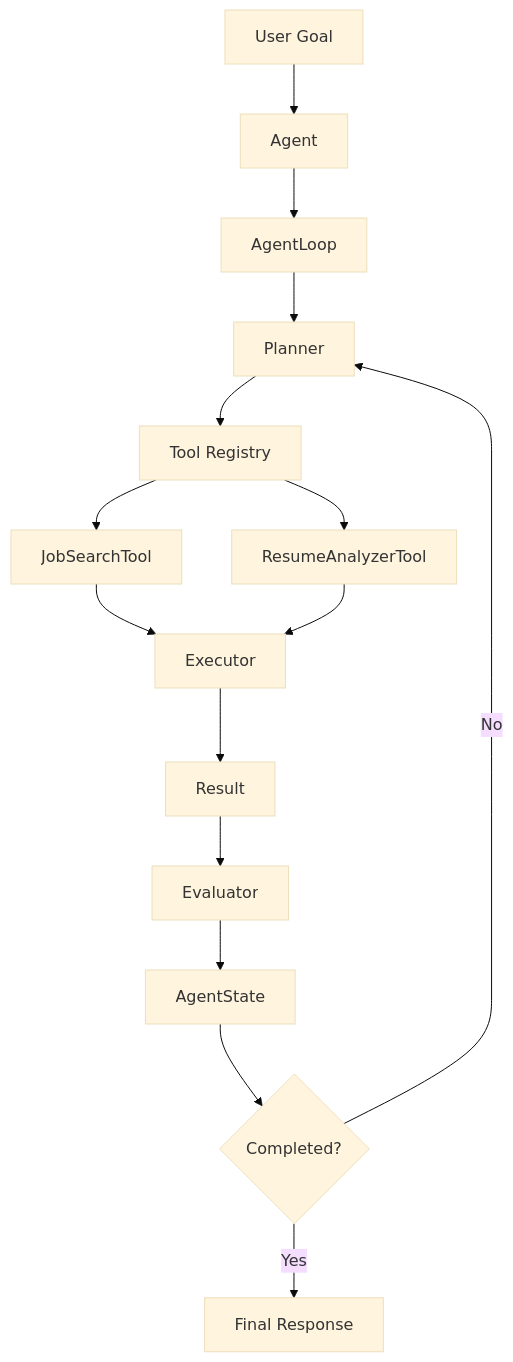
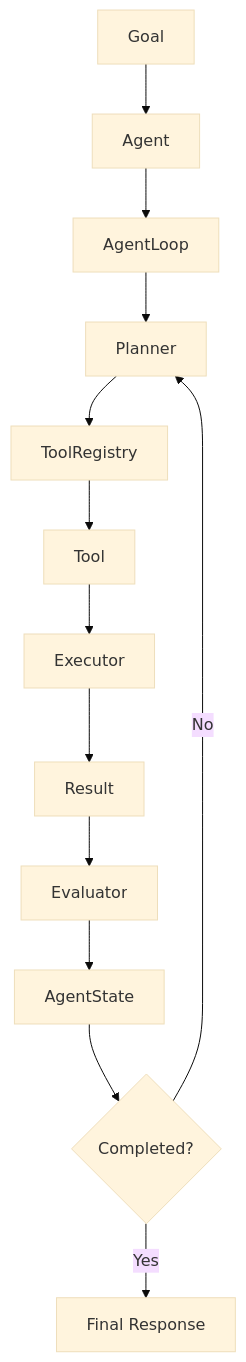
Before and after one commit to YashzAlphaGeek/agent-engineering-lab: the second of 6 diagrams in README.md, drawn with Mermaid (base theme). The commit also changed other lines of this file and 2 other files, not shown here.

````diff
--- a/README.md
+++ b/README.md
@@ -30,31 +119,16 @@
 ```mermaid
 flowchart TD
 
-    U[User Goal]
-
-    U --> A[Agent]
-
+    G[Goal] --> A[Agent]
     A --> L[AgentLoop]
-
     L --> P[Planner]
-
-    P --> T[Tool Registry]
-
-    T --> JT[JobSearchTool]
-    T --> RT[ResumeAnalyzerTool]
-
-    JT --> E[Executor]
-    RT --> E
-
-    E --> R[Result]
-
-    R --> EV[Evaluator]
-
+    P --> R[ToolRegistry]
+    R --> T[Tool]
+    T --> E[Executor]
+    E --> RES[Result]
+    RES --> EV[Evaluator]
     EV --> S[AgentState]
-
     S --> C{Completed?}
-
     C -->|No| P
-
     C -->|Yes| F[Final Response]
 ```
````
